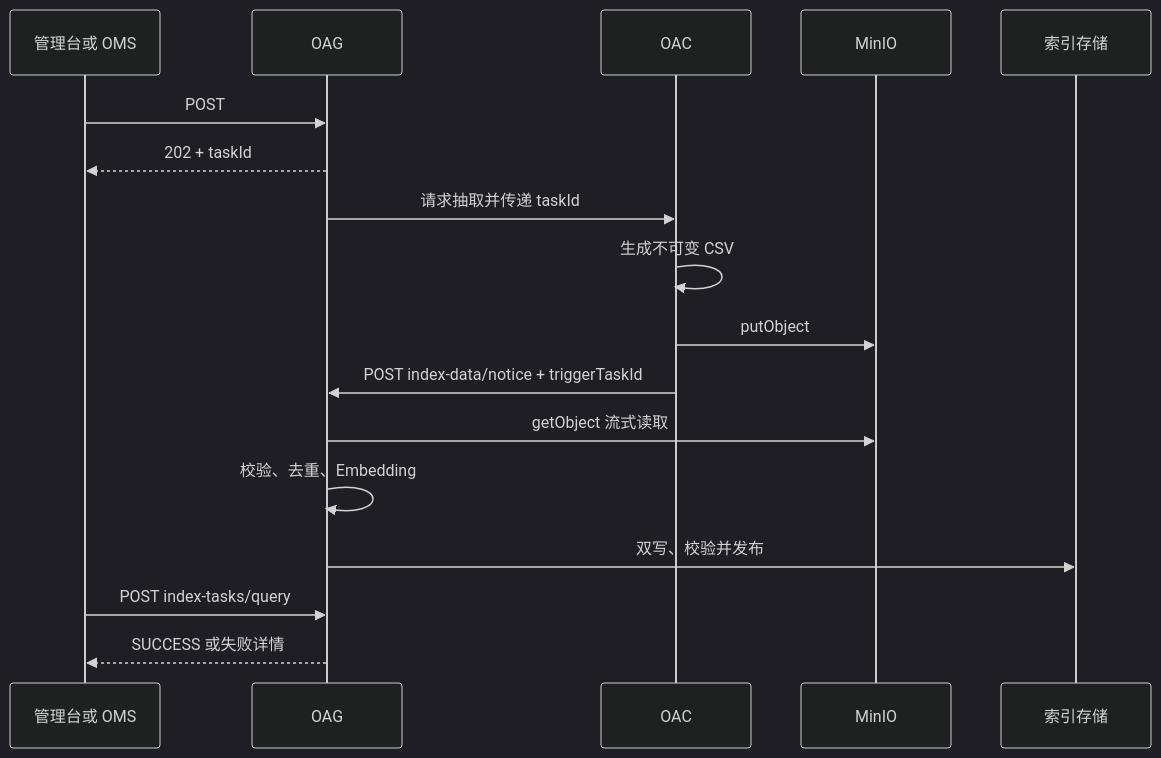
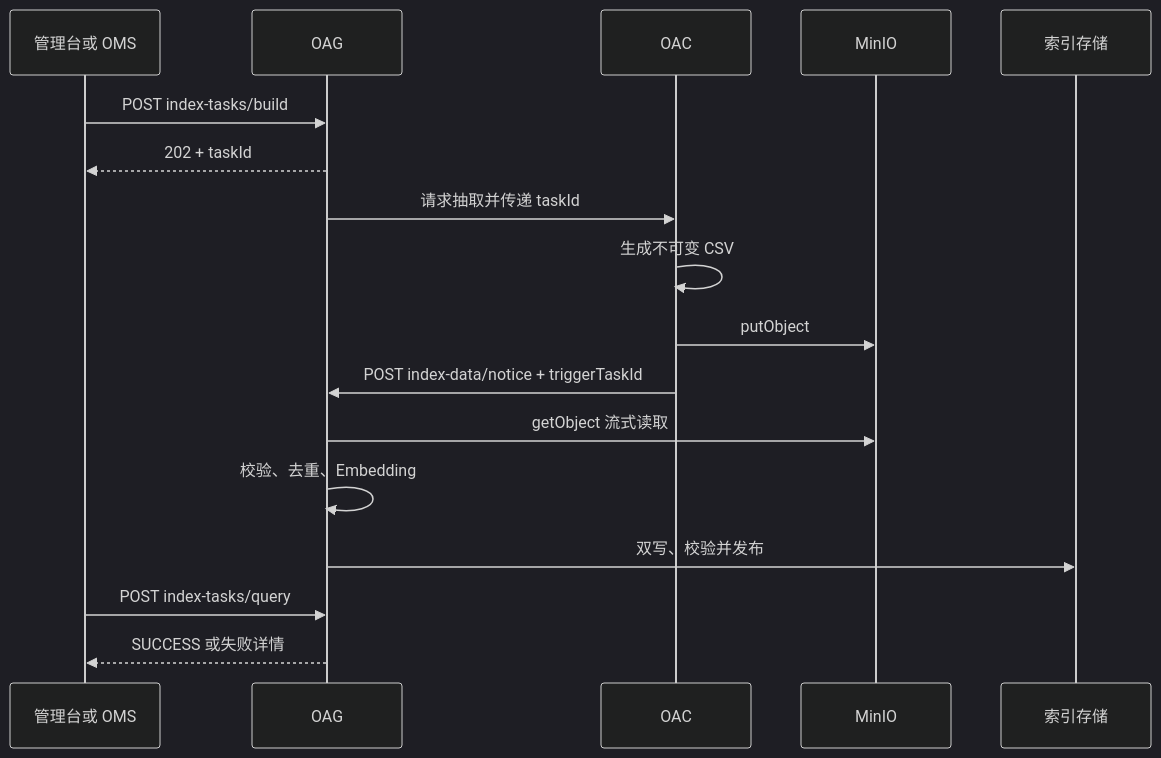
Before and after one commit to cfwl100/onology_dsl: the fifth of 7 diagrams in docs/OAG本体锚点语义检索与向量索引设计方案.md, drawn with Mermaid (dark theme). The commit also changed other lines of this file, not shown here.

````diff
--- a/docs/OAG本体锚点语义检索与向量索引设计方案.md
+++ b/docs/OAG本体锚点语义检索与向量索引设计方案.md
@@ -2042,20 +1916,20 @@
 ```mermaid
 sequenceDiagram
     participant C as 管理台或 OMS
     participant G as OAG
     participant A as OAC
     participant M as MinIO
     participant I as 索引存储
 
-    C->>G: POST 
+    C->>G: POST index-tasks/build
     G-->>C: 202 + taskId
     G->>A: 请求抽取并传递 taskId
     A->>A: 生成不可变 CSV
     A->>M: putObject
     A->>G: POST index-data/notice + triggerTaskId
     G->>M: getObject 流式读取
     G->>G: 校验、去重、Embedding
     G->>I: 双写、校验并发布
     C->>G: POST index-tasks/query
     G-->>C: SUCCESS 或失败详情
 ```
````
